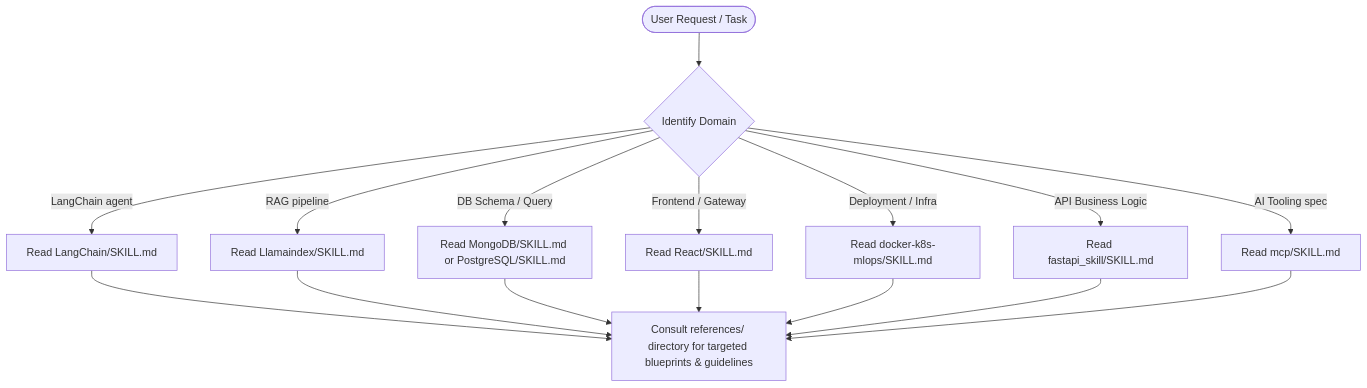
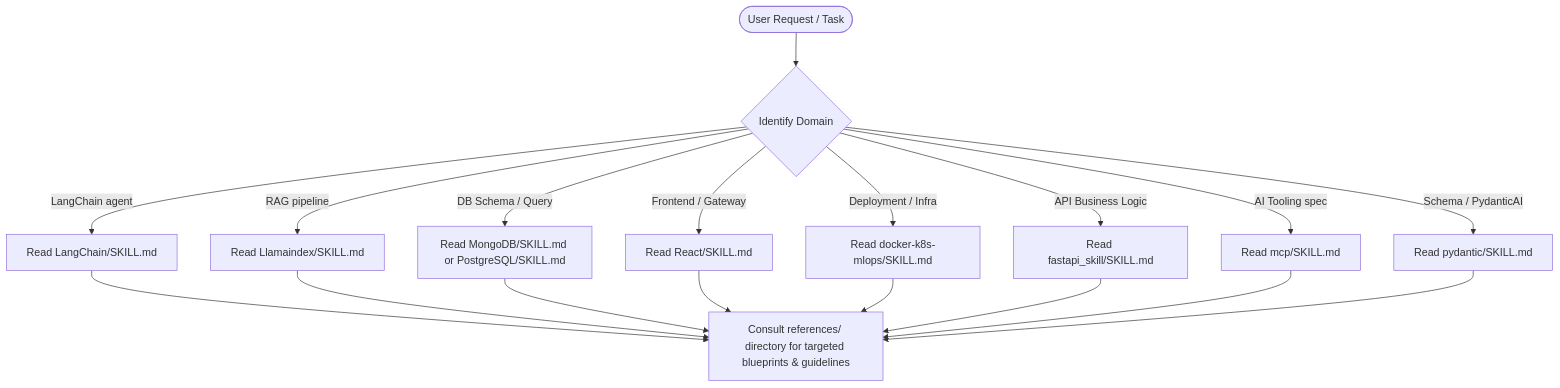
Before and after one commit to Midhil-6473/SKILLS: the diagram in README.md, drawn with Mermaid. The commit also changed other lines of this file and 16 other files, not shown here.

````diff
--- a/README.md
+++ b/README.md
@@ -189,19 +211,21 @@
 ```mermaid
 graph TD
     User([User Request / Task]) --> Route{Identify Domain}
     Route -->|LangChain agent| LC[Read LangChain/SKILL.md]
     Route -->|RAG pipeline| LI[Read Llamaindex/SKILL.md]
     Route -->|DB Schema / Query| DB[Read MongoDB/SKILL.md or PostgreSQL/SKILL.md]
     Route -->|Frontend / Gateway| FE[Read React/SKILL.md]
     Route -->|Deployment / Infra| OPS[Read docker-k8s-mlops/SKILL.md]
     Route -->|API Business Logic| API[Read fastapi_skill/SKILL.md]
     Route -->|AI Tooling spec| MCP[Read mcp/SKILL.md]
+    Route -->|Schema / PydanticAI| PY[Read pydantic/SKILL.md]
 
     LC --> Consult[Consult references/ directory for targeted blueprints & guidelines]
     LI --> Consult
     DB --> Consult
     FE --> Consult
     OPS --> Consult
     API --> Consult
     MCP --> Consult
+    PY --> Consult
 ```
````
